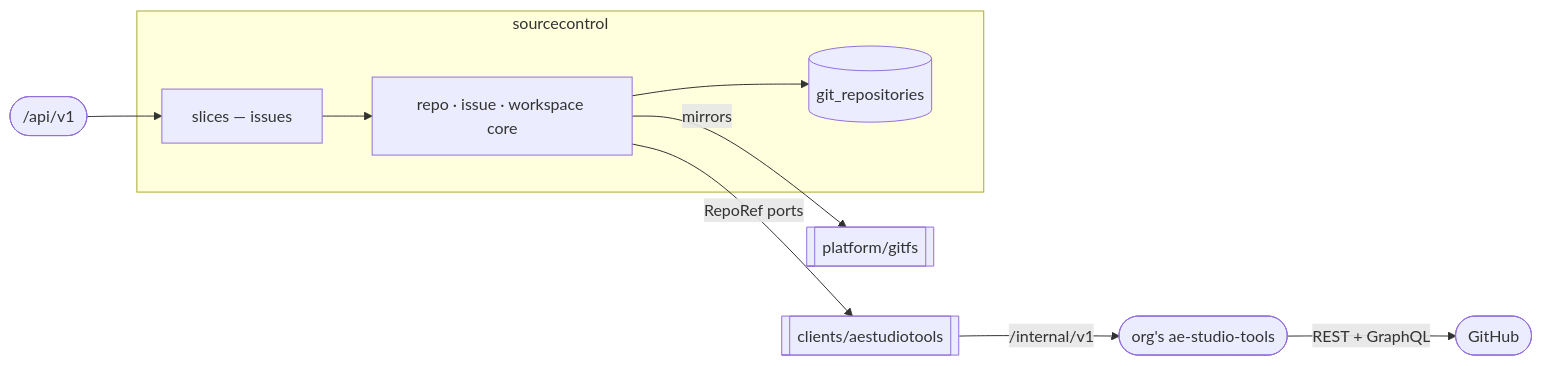
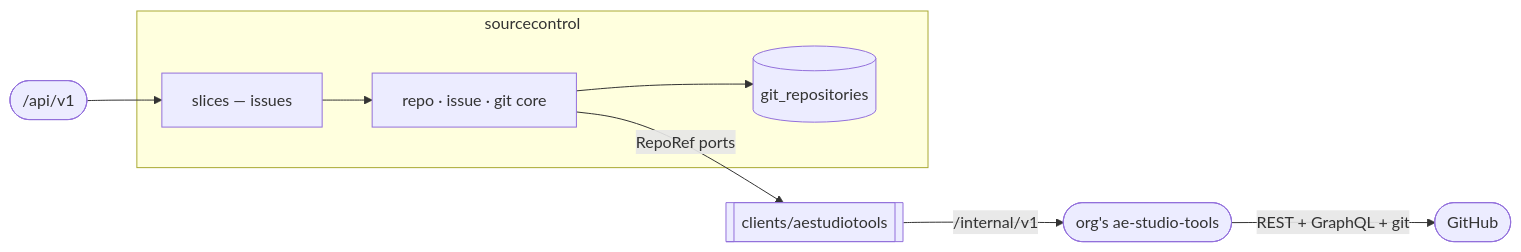
One commit to wso2/labs-agentic-engineer changed the diagram in services/aep-api/internal/sourcecontrol/README.md. Above: the diagram before and after it, drawn with Mermaid. The commit also changed other lines of this file and 131 other files, not shown here.

````diff
--- a/services/aep-api/internal/sourcecontrol/README.md
+++ b/services/aep-api/internal/sourcecontrol/README.md
@@ -10,14 +10,13 @@
 ```mermaid
 flowchart LR
   API(["/api/v1"]) --> SL
   subgraph sourcecontrol
     SL["slices — issues"]
-    CORE["repo · issue · workspace core"]
+    CORE["repo · issue · git core"]
     SL --> CORE
     CORE --> DB[("git_repositories")]
   end
   CORE -->|RepoRef ports| AET[[clients/aestudiotools]]
   AET -->|/internal/v1| POD(["org's ae-studio-tools"])
-  POD -->|REST + GraphQL| GITHUB(["GitHub"])
-  CORE -->|mirrors| GITFS[[platform/gitfs]]
+  POD -->|REST + GraphQL + git| GITHUB(["GitHub"])
 ```
````
